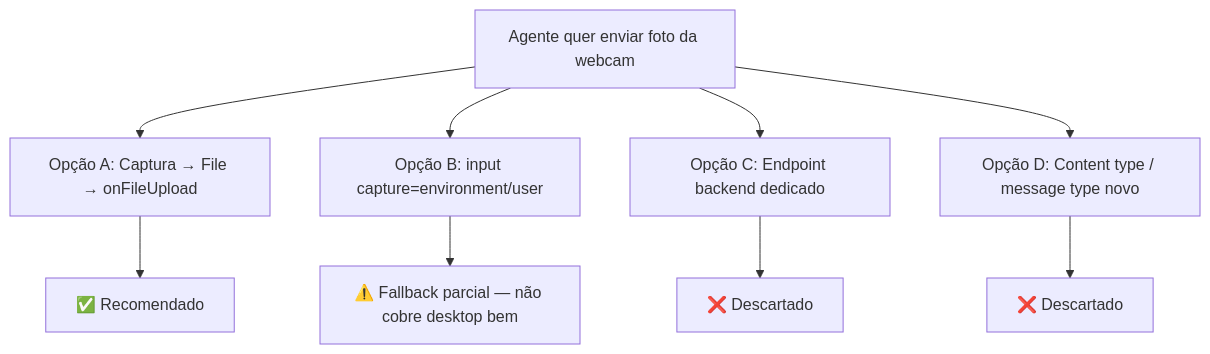
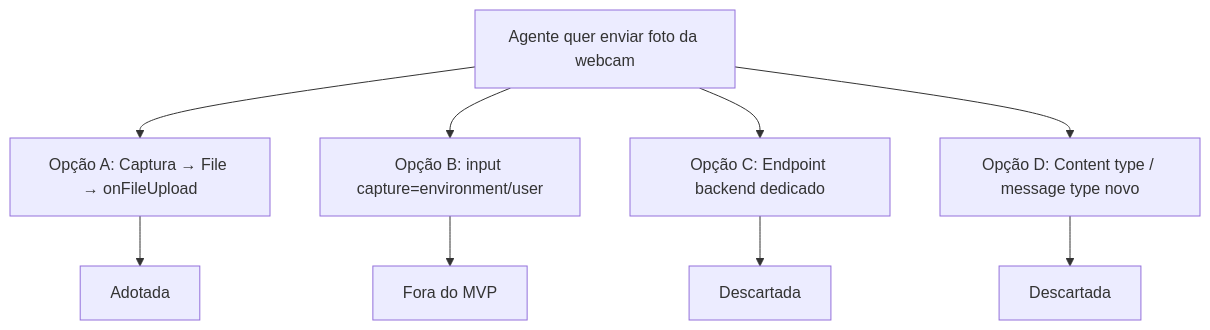
One commit to cesar-carlos/chatwoot changed the first of 2 diagrams in doc/feature/webcam-photo-capture/implementation-decision-tree.md. Above: the diagram before and after it, drawn with Mermaid. The commit also changed other lines of this file and 14 other files, not shown here.

````diff
--- a/doc/feature/webcam-photo-capture/implementation-decision-tree.md
+++ b/doc/feature/webcam-photo-capture/implementation-decision-tree.md
@@ -13,18 +13,18 @@
 ```mermaid
 flowchart TD
   Q[Agente quer enviar foto da webcam]
   A[Opção A: Captura → File → onFileUpload]
   B[Opção B: input capture=environment/user]
   C[Opção C: Endpoint backend dedicado]
   D[Opção D: Content type / message type novo]
 
   Q --> A
   Q --> B
   Q --> C
   Q --> D
 
-  A --> R[✅ Recomendado]
-  B --> X[⚠️ Fallback parcial — não cobre desktop bem]
-  C --> X2[❌ Descartado]
-  D --> X3[❌ Descartado]
+  A --> R[Adotada]
+  B --> X[Fora do MVP]
+  C --> X2[Descartada]
+  D --> X3[Descartada]
 ```
````
